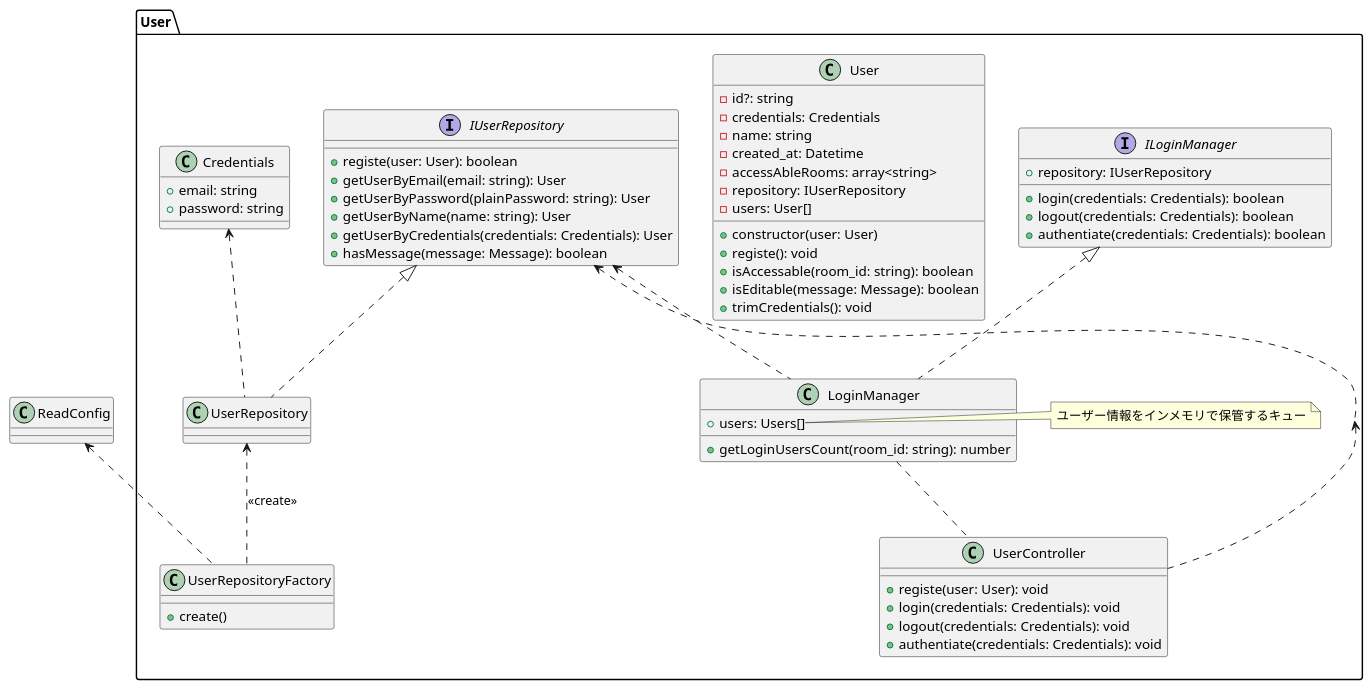
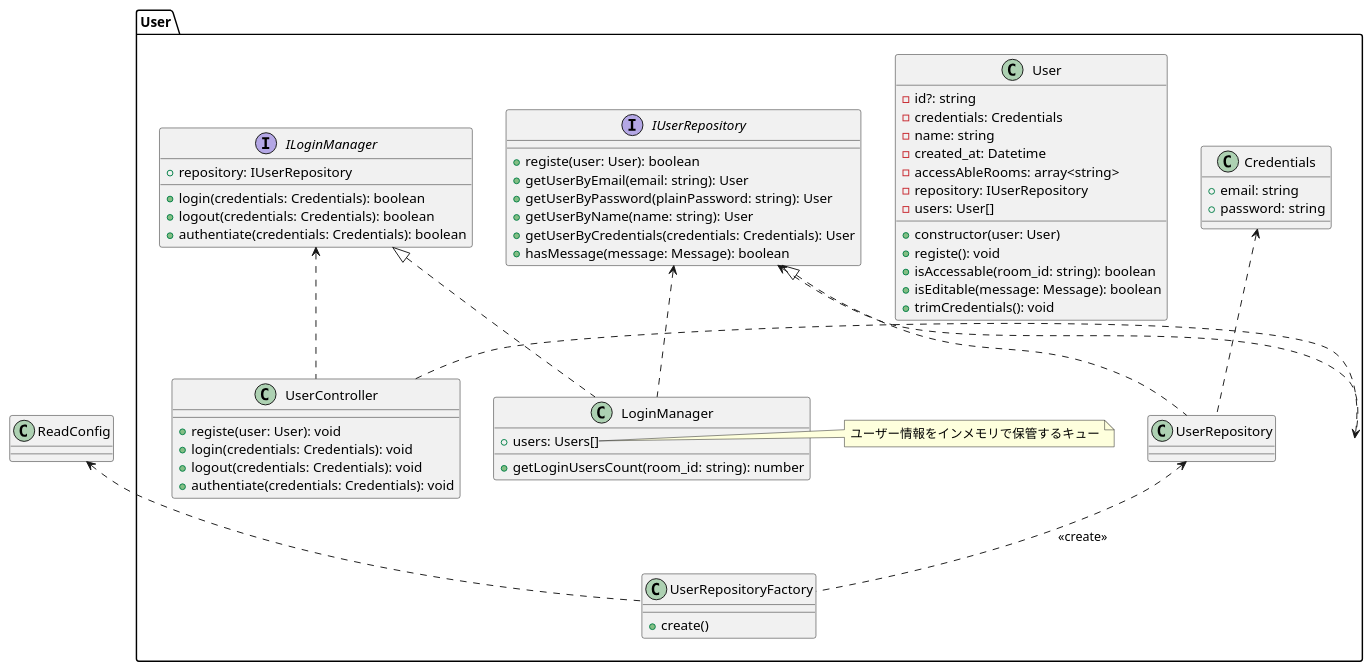
Before and after one commit to TOnodera/chatterman: the diagram in documents/plantUML/クラス図/サーバー/クラス図User.wsd, drawn with PlantUML. The commit also changed 4 other files, not shown here.

```diff
--- a/documents/plantUML/クラス図/サーバー/クラス図User.wsd
+++ b/documents/plantUML/クラス図/サーバー/クラス図User.wsd
@@ -1,73 +1,73 @@
 @startuml
 
 package User{
     class Credentials{
         +email: string
         +password: string
     }
 
     class User{
         -id?: string
         -credentials: Credentials
         -name: string
         -created_at: Datetime
         -accessAbleRooms: array<string>
         -repository: IUserRepository
         -users: User[]
         +constructor(user: User)
         +registe(): void
         +isAccessable(room_id: string): boolean
         +isEditable(message: Message): boolean
         +trimCredentials(): void
     }
 
     Interface ILoginManager{
         +repository: IUserRepository
         +login(credentials: Credentials): boolean
         +logout(credentials: Credentials): boolean
         +authentiate(credentials: Credentials): boolean
     }
 
     class LoginManager{
         +users: Users[]
         +getLoginUsersCount(room_id: string): number
     }
     note right of LoginManager::users
         ユーザー情報をインメモリで保管するキュー
     endnote
 
     Interface IUserRepository{
         +registe(user: User): boolean
         +getUserByEmail(email: string): User
         +getUserByPassword(plainPassword: string): User
         +getUserByName(name: string): User
         +getUserByCredentials(credentials: Credentials): User
         +hasMessage(message: Message): boolean
     }
 
     class UserRepository
 
     class UserController{
         +registe(user: User): void
         +login(credentials: Credentials): void
         +logout(credentials: Credentials): void
         +authentiate(credentials: Credentials): void
     }
 
     class UserRepositoryFactory{
         +create()
     }
 
 }
 
 User <.. UserController
 ILoginManager <|.. LoginManager
-LoginManager .. UserController
+ILoginManager <.. UserController
 IUserRepository <.. User
 IUserRepository <.. LoginManager
 ReadConfig <.. UserRepositoryFactory
 IUserRepository <|.. UserRepository
 UserRepository <.. UserRepositoryFactory : <<create>>
 Credentials <.. UserRepository
 
 @enduml
```
